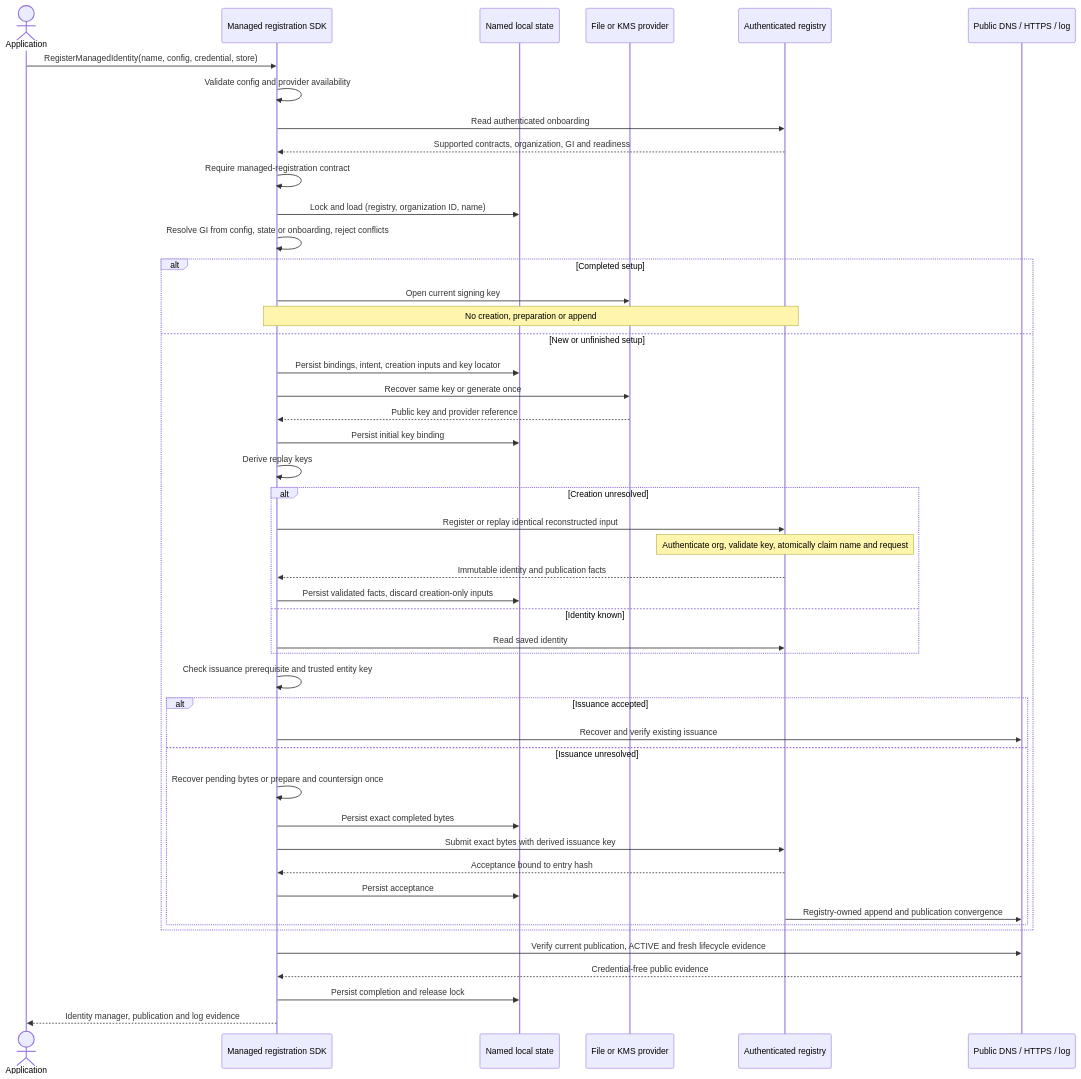
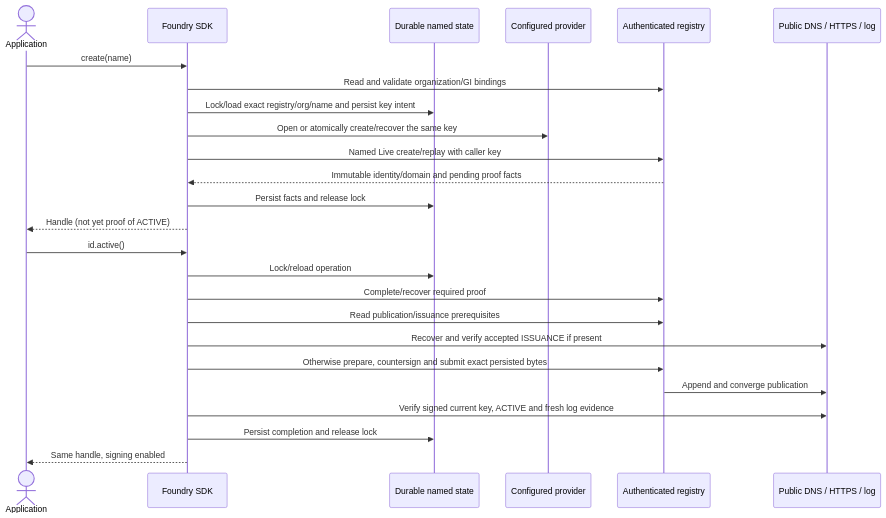
The diagram in docs/managed-registration-server-requirements.md (dnsid-ai/dnsid-sdk-compliance), drawn with Mermaid before and after one commit. The commit also changed other lines of this file and 14 other files, not shown here.

Commit message:
docs: align Foundry create and recovery with E2 server contract

````diff
--- a/docs/managed-registration-server-requirements.md
+++ b/docs/managed-registration-server-requirements.md
@@ -14,50 +33,28 @@
 ```mermaid
 sequenceDiagram
     actor App as Application
-    participant SDK as Managed registration SDK
-    participant State as Named local state
-    participant Keys as File or KMS provider
+    participant SDK as Foundry SDK
+    participant State as Durable named state
+    participant Keys as Configured provider
     participant Registry as Authenticated registry
     participant Public as Public DNS / HTTPS / log
 
-    App->>SDK: RegisterManagedIdentity(name, config, credential, store)
-    SDK->>SDK: Validate config and provider availability
-    SDK->>Registry: Read authenticated onboarding
-    Registry-->>SDK: Supported contracts, organization, GI and readiness
-    SDK->>SDK: Require managed-registration contract
-    SDK->>State: Lock and load (registry, organization ID, name)
-    SDK->>SDK: Resolve GI from config, state or onboarding, reject conflicts
-    alt Completed setup
-        SDK->>Keys: Open current signing key
-        Note over SDK,Registry: No creation, preparation or append
-    else New or unfinished setup
-        SDK->>State: Persist bindings, intent, creation inputs and key locator
-        SDK->>Keys: Recover same key or generate once
-        Keys-->>SDK: Public key and provider reference
-        SDK->>State: Persist initial key binding
-        SDK->>SDK: Derive replay keys
-        alt Creation unresolved
-            SDK->>Registry: Register or replay identical reconstructed input
-            Note over Registry: Authenticate org, validate key, atomically claim name and request
-            Registry-->>SDK: Immutable identity and publication facts
-            SDK->>State: Persist validated facts, discard creation-only inputs
-        else Identity known
-            SDK->>Registry: Read saved identity
-        end
-        SDK->>SDK: Check issuance prerequisite and trusted entity key
-        alt Issuance accepted
-            SDK->>Public: Recover and verify existing issuance
-        else Issuance unresolved
-            SDK->>SDK: Recover pending bytes or prepare and countersign once
-            SDK->>State: Persist exact completed bytes
-            SDK->>Registry: Submit exact bytes with derived issuance key
-            Registry-->>SDK: Acceptance bound to entry hash
-            SDK->>State: Persist acceptance
-            Registry->>Public: Registry-owned append and publication convergence
-        end
-    end
-    SDK->>Public: Verify current publication, ACTIVE and fresh lifecycle evidence
-    Public-->>SDK: Credential-free public evidence
+    App->>SDK: create(name)
+    SDK->>Registry: Read and validate organization/GI bindings
+    SDK->>State: Lock/load exact registry/org/name and persist key intent
+    SDK->>Keys: Open or atomically create/recover the same key
+    SDK->>Registry: Named Live create/replay with caller key
+    Registry-->>SDK: Immutable identity/domain and pending proof facts
+    SDK->>State: Persist facts and release lock
+    SDK-->>App: Handle (not yet proof of ACTIVE)
+    App->>SDK: id.active()
+    SDK->>State: Lock/reload operation
+    SDK->>Registry: Complete/recover required proof
+    SDK->>Registry: Read publication/issuance prerequisites
+    SDK->>Public: Recover and verify accepted ISSUANCE if present
+    SDK->>Registry: Otherwise prepare, countersign and submit exact persisted bytes
+    Registry->>Public: Append and converge publication
+    SDK->>Public: Verify signed current key, ACTIVE and fresh log evidence
     SDK->>State: Persist completion and release lock
-    SDK-->>App: Identity manager, publication and log evidence
+    SDK-->>App: Same handle, signing enabled
 ```
````
